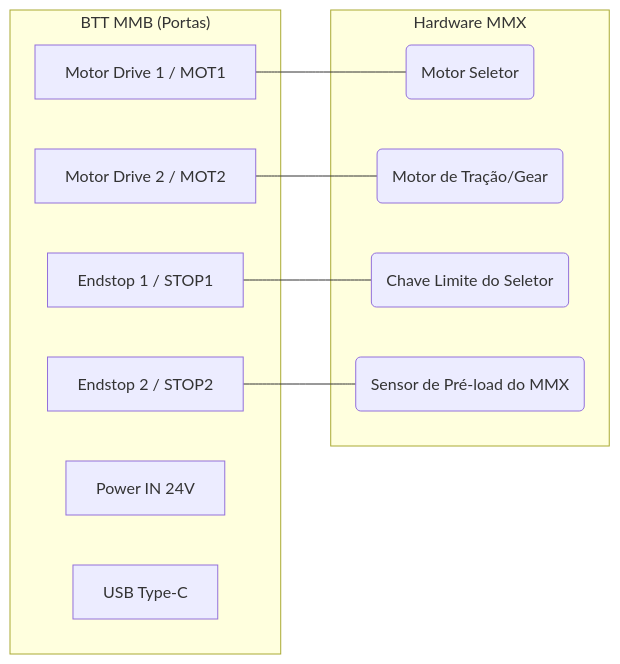
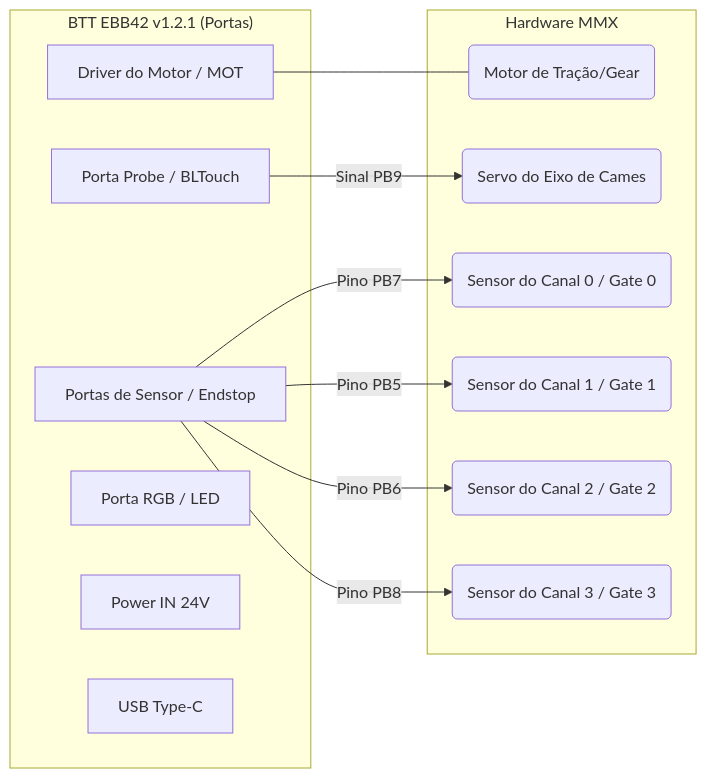
One commit to Demolidor31br/Projeto-MMX changed the second of 2 diagrams in Ender_3_V3_KE/Documentation/Manual_Instalacao_MMX_Ender3V3KE.md. Above: the diagram before and after it, drawn with Mermaid. The commit also changed other lines of this file, not shown here.

Commit message:
docs: update manual to use BTT EBB42 v1.2.1 instead of MMB

````diff
--- a/Ender_3_V3_KE/Documentation/Manual_Instalacao_MMX_Ender3V3KE.md
+++ b/Ender_3_V3_KE/Documentation/Manual_Instalacao_MMX_Ender3V3KE.md
@@ -152,23 +170,27 @@
 ```mermaid
 graph LR
-    subgraph BTT_MMB ["BTT MMB (Portas)"]
-        M1[Motor Drive 1 / MOT1]
-        M2[Motor Drive 2 / MOT2]
-        E1[Endstop 1 / STOP1]
-        E2[Endstop 2 / STOP2]
+    subgraph BTT_EBB42 ["BTT EBB42 v1.2.1 (Portas)"]
+        MOT[Driver do Motor / MOT]
+        PROBE[Porta Probe / BLTouch]
+        ENDSTOPS[Portas de Sensor / Endstop]
+        RGB[Porta RGB / LED]
         PWR[Power IN 24V]
         USB[USB Type-C]
     end
     
     subgraph MMX ["Hardware MMX"]
-        P1(Motor Seletor)
-        P2(Motor de Tração/Gear)
-        S1(Chave Limite do Seletor)
-        S2(Sensor de Pré-load do MMX)
+        P1(Motor de Tração/Gear)
+        P2(Servo do Eixo de Cames)
+        S0(Sensor do Canal 0 / Gate 0)
+        S1(Sensor do Canal 1 / Gate 1)
+        S2(Sensor do Canal 2 / Gate 2)
+        S3(Sensor do Canal 3 / Gate 3)
     end
     
-    M1 --- P1
-    M2 --- P2
-    E1 --- S1
-    E2 --- S2
+    MOT --- P1
+    PROBE -->|Sinal PB9| P2
+    ENDSTOPS -->|Pino PB7| S0
+    ENDSTOPS -->|Pino PB5| S1
+    ENDSTOPS -->|Pino PB6| S2
+    ENDSTOPS -->|Pino PB8| S3
 ```
````
